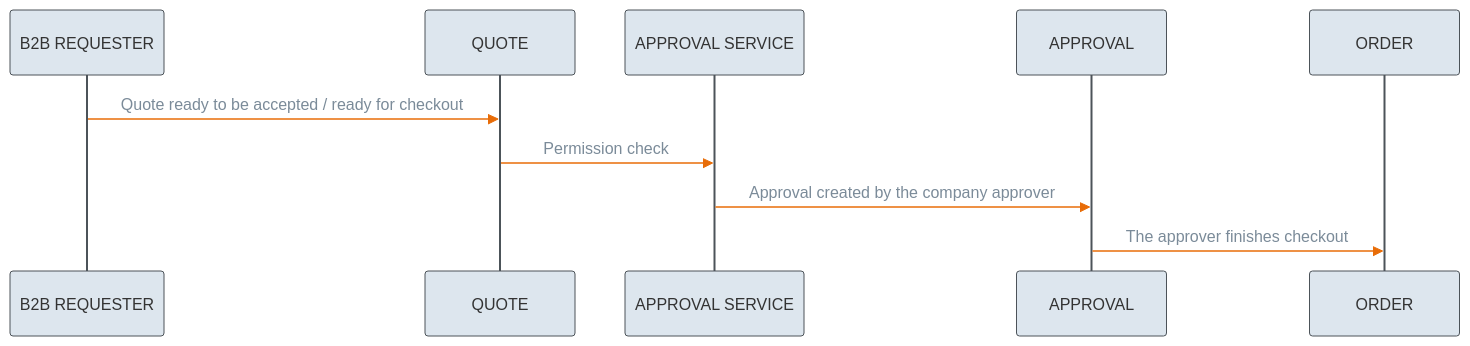
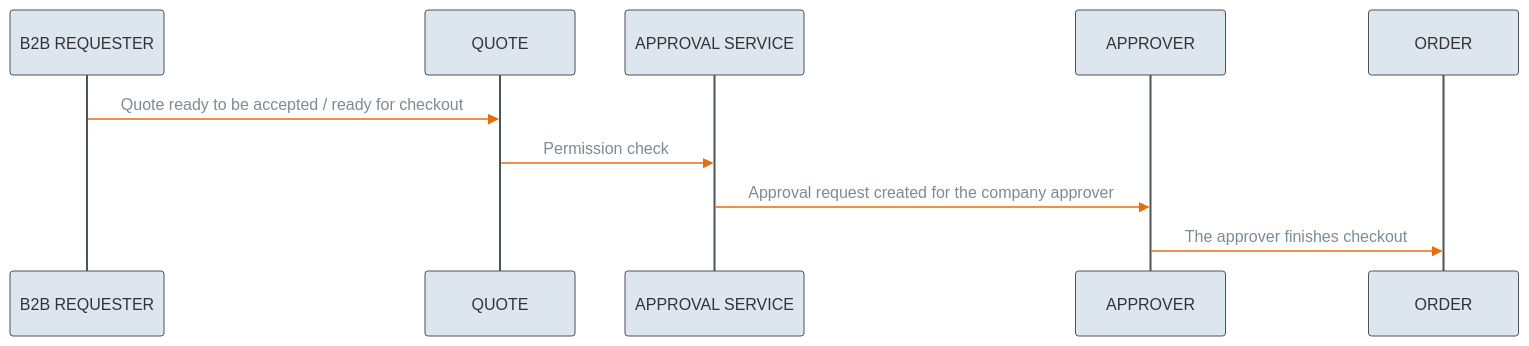
Before and after one commit to emporix/api-references: the seventh of 7 diagrams in companies-and-customers/approval-service/approval.md, drawn with Mermaid. The commit also changed other lines of this file, not shown here.

Commit message:
COP-5406 Quote approval

````diff
--- a/companies-and-customers/approval-service/approval.md
+++ b/companies-and-customers/approval-service/approval.md
@@ -279,27 +279,27 @@
 ```mermaid
 ---
 config:
   layout: fixed
   theme: base
   themeVariables:
     primaryColor: '#DDE6EE'
     primaryBorderColor: '#4C5359'
     actorBkg: '#DDE6EE'
     actorBorder: '#4C5359'
     actorLineColor: '#4C5359'
     signalColor: '#E86C07'
     signalTextColor: '#7B8B99'
     background: transparent 
 ---
 sequenceDiagram
     participant BR as B2B REQUESTER
     participant Q as QUOTE
     participant AS as APPROVAL SERVICE
-    participant A as APPROVAL
+    participant A as APPROVER
     participant O as ORDER
 
     BR->>Q: Quote ready to be accepted / ready for checkout
     Q->>AS: Permission check
-    AS->>A: Approval created by the company approver
+    AS->>A: Approval request created for the company approver
     A->>O: The approver finishes checkout
 ```
````
